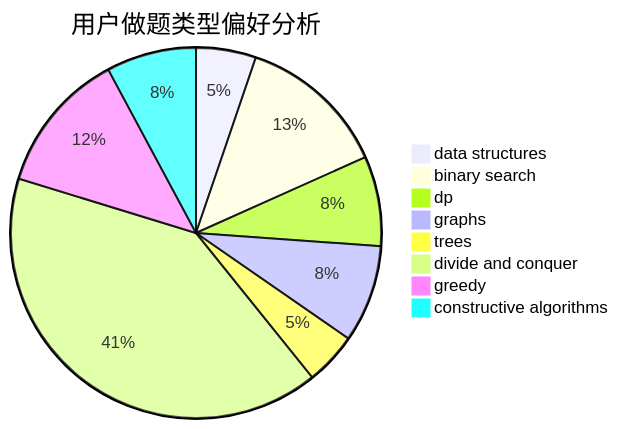
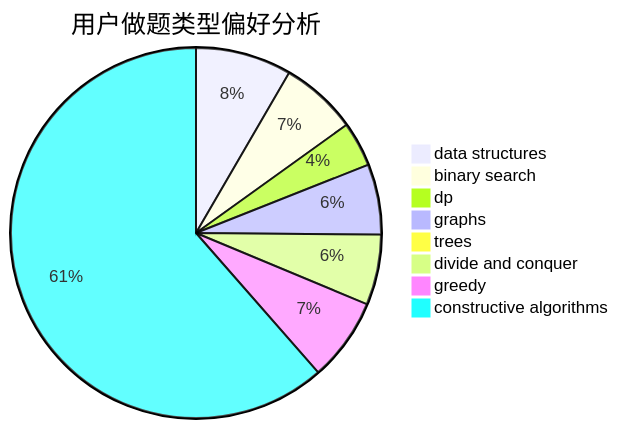
The second of 3 diagrams in docs/user/u1050.md (sherpahu/cfrs.github.io), drawn with Mermaid before and after one commit. The commit also changed other lines of this file and 2770 other files, not shown here.

````diff
--- a/docs/user/u1050.md
+++ b/docs/user/u1050.md
@@ -23,11 +23,11 @@
 ```mermaid
 pie title 用户做题类型偏好分析
-    "data structures" :  8
-    "binary search" :  20
-    "dp" :  12
-    "graphs" :  13
-    "trees" :  7
-    "divide and conquer" :  62
-    "greedy" :  19
-    "constructive algorithms" :  12
+    "data structures" :  15
+    "binary search" :  12
+    "dp" :  7
+    "graphs" :  11
+    "trees" :  0
+    "divide and conquer" :  11
+    "greedy" :  13
+    "constructive algorithms" :  110
 ```
````
